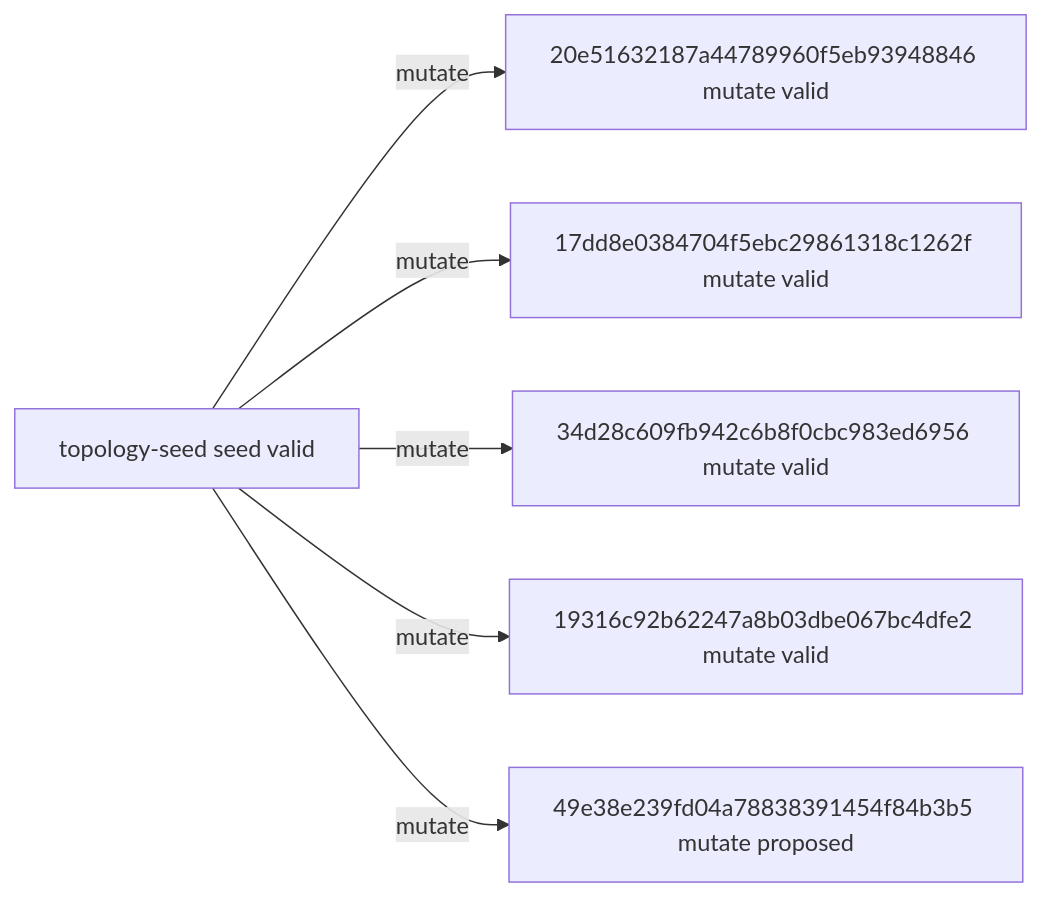
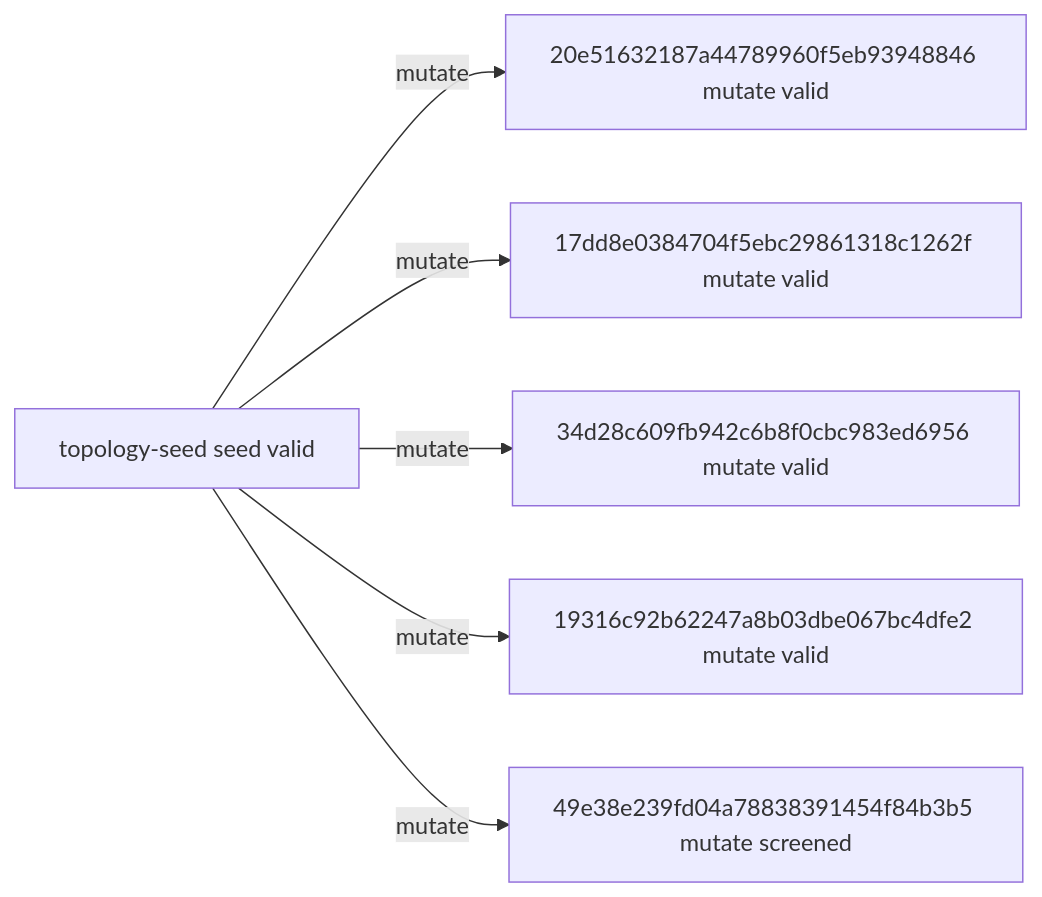
The diagram in experiments/campaigns/topology-smac-v1/README.md (timbtz/feyer-search-lab), drawn with Mermaid before and after one commit. The commit also changed other lines of this file and 7 other files, not shown here.

````diff
--- a/experiments/campaigns/topology-smac-v1/README.md
+++ b/experiments/campaigns/topology-smac-v1/README.md
@@ -21,14 +21,14 @@
 ```mermaid
 graph LR
   n0["topology-seed seed valid"]
   n1["20e51632187a44789960f5eb93948846 mutate valid"]
   n2["17dd8e0384704f5ebc29861318c1262f mutate valid"]
   n3["34d28c609fb942c6b8f0cbc983ed6956 mutate valid"]
   n4["19316c92b62247a8b03dbe067bc4dfe2 mutate valid"]
-  n5["49e38e239fd04a78838391454f84b3b5 mutate proposed"]
+  n5["49e38e239fd04a78838391454f84b3b5 mutate screened"]
   n0 -->|mutate| n1
   n0 -->|mutate| n2
   n0 -->|mutate| n3
   n0 -->|mutate| n4
   n0 -->|mutate| n5
 ```
````
